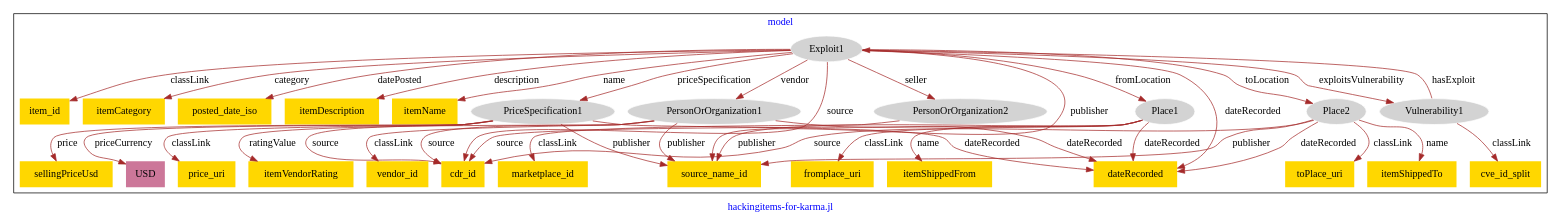
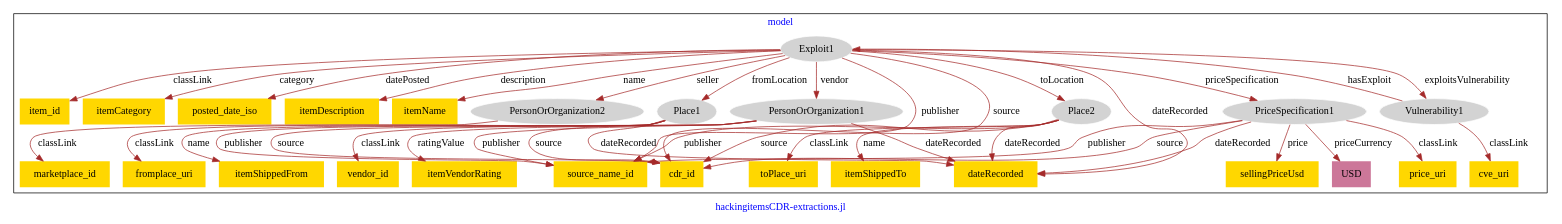
Before and after one commit to usc-isi-i2/effect-alignment: the diagram in models/asu-hacking-items/hacking_items-model.dot, drawn with Graphviz.

Commit message:
Update file hacking_items-model.dot

```diff
--- a/models/asu-hacking-items/hacking_items-model.dot
+++ b/models/asu-hacking-items/hacking_items-model.dot
@@ -1,72 +1,72 @@
 digraph n0 {
 fontcolor="blue"
 remincross="true"
-label="hackingitems-for-karma.jl"
+label="hackingitemsCDR-extractions.jl"
 subgraph cluster {
 label="model"
 n2[style="filled",color="white",fillcolor="lightgray",label="Exploit1"];
 n3[shape="plaintext",style="filled",fillcolor="gold",label="item_id"];
 n4[shape="plaintext",style="filled",fillcolor="gold",label="itemCategory"];
 n5[shape="plaintext",style="filled",fillcolor="gold",label="posted_date_iso"];
 n6[shape="plaintext",style="filled",fillcolor="gold",label="itemDescription"];
 n7[shape="plaintext",style="filled",fillcolor="gold",label="itemName"];
-n8[style="filled",color="white",fillcolor="lightgray",label="PriceSpecification1"];
+n8[shape="plaintext",style="filled",fillcolor="gold",label="source_name_id"];
 n9[style="filled",color="white",fillcolor="lightgray",label="PersonOrOrganization1"];
 n10[shape="plaintext",style="filled",fillcolor="gold",label="vendor_id"];
 n11[shape="plaintext",style="filled",fillcolor="gold",label="itemVendorRating"];
-n12[shape="plaintext",style="filled",fillcolor="gold",label="cdr_id"];
-n13[style="filled",color="white",fillcolor="lightgray",label="PersonOrOrganization2"];
-n14[shape="plaintext",style="filled",fillcolor="gold",label="marketplace_id"];
-n15[style="filled",color="white",fillcolor="lightgray",label="Vulnerability1"];
-n16[shape="plaintext",style="filled",fillcolor="gold",label="cve_id_split"];
-n17[style="filled",color="white",fillcolor="lightgray",label="Place1"];
-n18[shape="plaintext",style="filled",fillcolor="gold",label="fromplace_uri"];
-n19[shape="plaintext",style="filled",fillcolor="gold",label="itemShippedFrom"];
-n20[style="filled",color="white",fillcolor="lightgray",label="Place2"];
-n21[shape="plaintext",style="filled",fillcolor="gold",label="toPlace_uri"];
-n22[shape="plaintext",style="filled",fillcolor="gold",label="itemShippedTo"];
+n12[style="filled",color="white",fillcolor="lightgray",label="PersonOrOrganization2"];
+n13[shape="plaintext",style="filled",fillcolor="gold",label="marketplace_id"];
+n14[style="filled",color="white",fillcolor="lightgray",label="Vulnerability1"];
+n15[shape="plaintext",style="filled",fillcolor="gold",label="cve_uri"];
+n16[style="filled",color="white",fillcolor="lightgray",label="Place1"];
+n17[shape="plaintext",style="filled",fillcolor="gold",label="fromplace_uri"];
+n18[shape="plaintext",style="filled",fillcolor="gold",label="itemShippedFrom"];
+n19[style="filled",color="white",fillcolor="lightgray",label="Place2"];
+n20[shape="plaintext",style="filled",fillcolor="gold",label="toPlace_uri"];
+n21[shape="plaintext",style="filled",fillcolor="gold",label="itemShippedTo"];
+n22[style="filled",color="white",fillcolor="lightgray",label="PriceSpecification1"];
 n23[shape="plaintext",style="filled",fillcolor="gold",label="price_uri"];
 n24[shape="plaintext",style="filled",fillcolor="gold",label="dateRecorded"];
 n25[shape="plaintext",style="filled",fillcolor="gold",label="sellingPriceUsd"];
 n26[shape="plaintext",style="filled",fillcolor="#CC7799",label="USD"];
-n27[shape="plaintext",style="filled",fillcolor="gold",label="source_name_id"];
+n27[shape="plaintext",style="filled",fillcolor="gold",label="cdr_id"];
 }
 n2 -> n3[color="brown",fontcolor="black",label="classLink"]
 n2 -> n4[color="brown",fontcolor="black",label="category"]
 n2 -> n5[color="brown",fontcolor="black",label="datePosted"]
 n2 -> n6[color="brown",fontcolor="black",label="description"]
 n2 -> n7[color="brown",fontcolor="black",label="name"]
-n2 -> n8[color="brown",fontcolor="black",label="priceSpecification"]
+n2 -> n8[color="brown",fontcolor="black",label="publisher"]
 n9 -> n10[color="brown",fontcolor="black",label="classLink"]
+n9 -> n8[color="brown",fontcolor="black",label="publisher"]
 n9 -> n11[color="brown",fontcolor="black",label="ratingValue"]
-n9 -> n12[color="brown",fontcolor="black",label="source"]
-n13 -> n14[color="brown",fontcolor="black",label="classLink"]
-n15 -> n16[color="brown",fontcolor="black",label="classLink"]
-n17 -> n18[color="brown",fontcolor="black",label="classLink"]
-n17 -> n19[color="brown",fontcolor="black",label="name"]
-n17 -> n12[color="brown",fontcolor="black",label="source"]
-n20 -> n21[color="brown",fontcolor="black",label="classLink"]
-n20 -> n22[color="brown",fontcolor="black",label="name"]
-n20 -> n12[color="brown",fontcolor="black",label="source"]
-n8 -> n23[color="brown",fontcolor="black",label="classLink"]
-n8 -> n24[color="brown",fontcolor="black",label="dateRecorded"]
-n8 -> n25[color="brown",fontcolor="black",label="price"]
-n8 -> n26[color="brown",fontcolor="black",label="priceCurrency"]
-n8 -> n27[color="brown",fontcolor="black",label="publisher"]
-n8 -> n12[color="brown",fontcolor="black",label="source"]
-n2 -> n12[color="brown",fontcolor="black",label="source"]
+n12 -> n13[color="brown",fontcolor="black",label="classLink"]
+n14 -> n15[color="brown",fontcolor="black",label="classLink"]
+n16 -> n17[color="brown",fontcolor="black",label="classLink"]
+n16 -> n18[color="brown",fontcolor="black",label="name"]
+n16 -> n8[color="brown",fontcolor="black",label="publisher"]
+n19 -> n20[color="brown",fontcolor="black",label="classLink"]
+n19 -> n21[color="brown",fontcolor="black",label="name"]
+n19 -> n8[color="brown",fontcolor="black",label="publisher"]
+n22 -> n23[color="brown",fontcolor="black",label="classLink"]
+n22 -> n24[color="brown",fontcolor="black",label="dateRecorded"]
+n22 -> n25[color="brown",fontcolor="black",label="price"]
+n22 -> n26[color="brown",fontcolor="black",label="priceCurrency"]
+n22 -> n8[color="brown",fontcolor="black",label="publisher"]
+n22 -> n27[color="brown",fontcolor="black",label="source"]
+n2 -> n19[color="brown",fontcolor="black",label="toLocation"]
+n2 -> n22[color="brown",fontcolor="black",label="priceSpecification"]
+n9 -> n24[color="brown",fontcolor="black",label="dateRecorded"]
+n2 -> n9[color="brown",fontcolor="black",label="vendor"]
+n19 -> n24[color="brown",fontcolor="black",label="dateRecorded"]
+n2 -> n27[color="brown",fontcolor="black",label="source"]
+n2 -> n16[color="brown",fontcolor="black",label="fromLocation"]
+n14 -> n2[color="brown",fontcolor="black",label="hasExploit"]
+n2 -> n14[color="brown",fontcolor="black",label="exploitsVulnerability"]
+n2 -> n12[color="brown",fontcolor="black",label="seller"]
+n16 -> n24[color="brown",fontcolor="black",label="dateRecorded"]
 n2 -> n24[color="brown",fontcolor="black",label="dateRecorded"]
-n2 -> n20[color="brown",fontcolor="black",label="toLocation"]
-n2 -> n9[color="brown",fontcolor="black",label="vendor"]
-n2 -> n17[color="brown",fontcolor="black",label="fromLocation"]
-n9 -> n24[color="brown",fontcolor="black",label="dateRecorded"]
-n15 -> n2[color="brown",fontcolor="black",label="hasExploit"]
-n17 -> n24[color="brown",fontcolor="black",label="dateRecorded"]
-n2 -> n27[color="brown",fontcolor="black",label="publisher"]
-n2 -> n15[color="brown",fontcolor="black",label="exploitsVulnerability"]
-n17 -> n27[color="brown",fontcolor="black",label="publisher"]
-n20 -> n24[color="brown",fontcolor="black",label="dateRecorded"]
-n2 -> n13[color="brown",fontcolor="black",label="seller"]
-n9 -> n27[color="brown",fontcolor="black",label="publisher"]
-n20 -> n27[color="brown",fontcolor="black",label="publisher"]
+n9 -> n27[color="brown",fontcolor="black",label="source"]
+n16 -> n27[color="brown",fontcolor="black",label="source"]
+n19 -> n27[color="brown",fontcolor="black",label="source"]
 }
```
